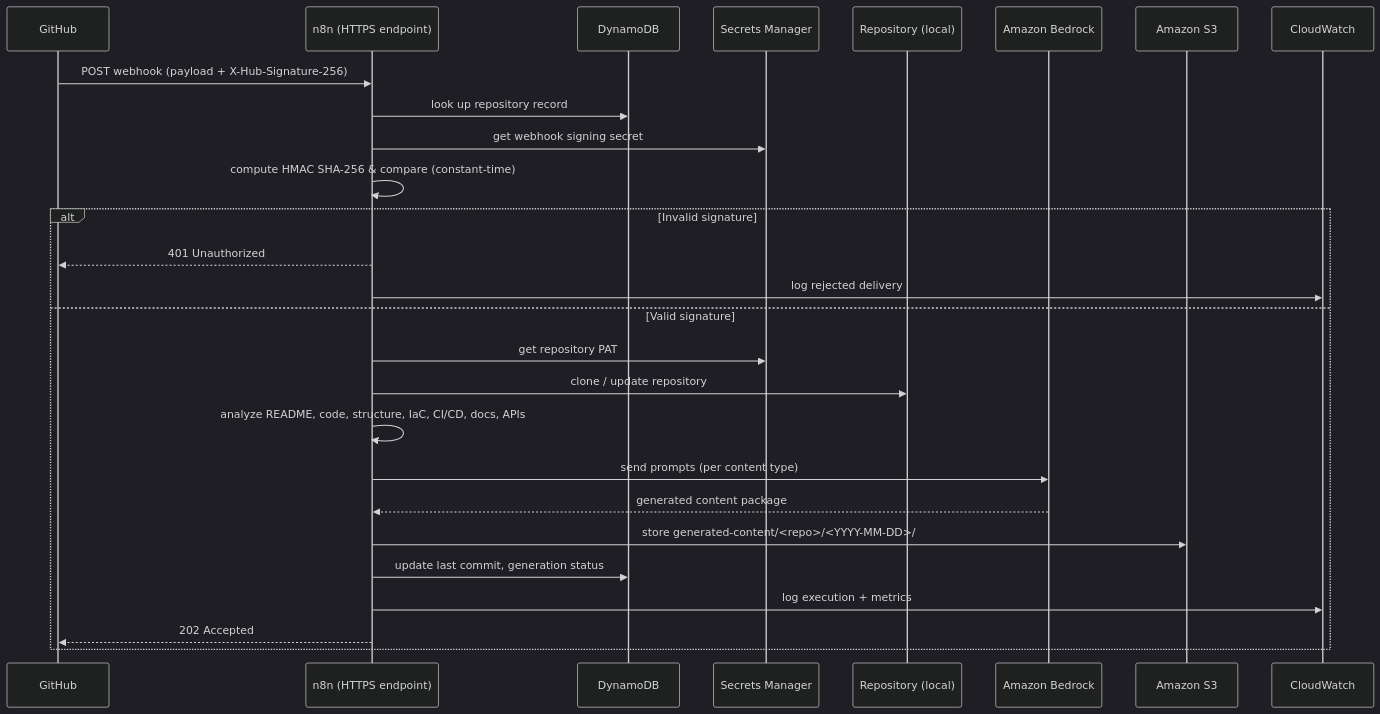
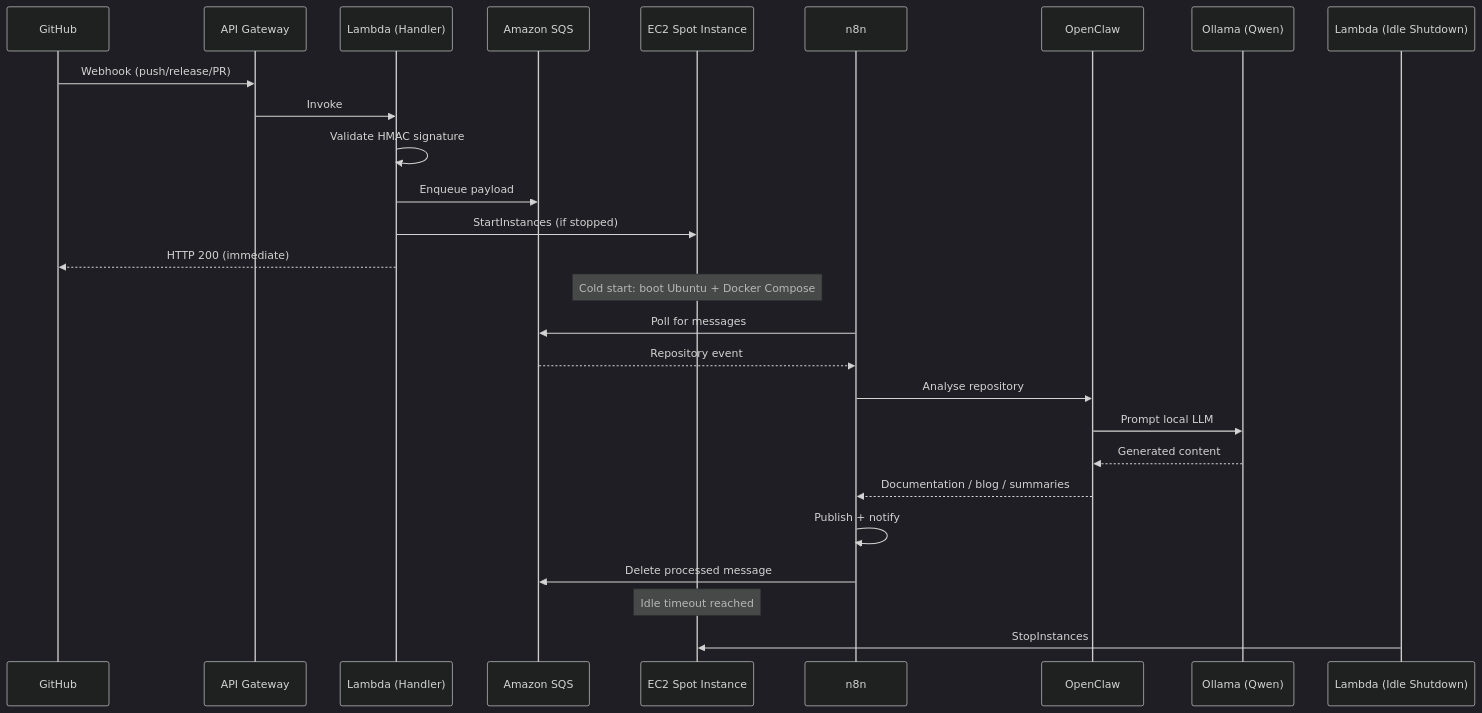
Before and after one commit to teddynted/ai-github-repository-blog-generator: the second of 3 diagrams in README.md, drawn with Mermaid (dark theme). The commit also changed other lines of this file and 12 other files, not shown here.

First line of the commit message:
docs: pivot to self-hosted OpenClaw + Ollama + EC2 Spot architecture

````diff
--- a/README.md
+++ b/README.md
@@ -142,30 +162,30 @@
 ```mermaid
 sequenceDiagram
     participant GH as GitHub
-    participant N as n8n (HTTPS endpoint)
-    participant DB as DynamoDB
-    participant SM as Secrets Manager
-    participant R as Repository (local)
-    participant B as Amazon Bedrock
-    participant S3 as Amazon S3
-    participant CW as CloudWatch
+    participant API as API Gateway
+    participant LH as Lambda (Handler)
+    participant SQS as Amazon SQS
+    participant EC2 as EC2 Spot Instance
+    participant N8N as n8n
+    participant OC as OpenClaw
+    participant OL as Ollama (Qwen)
+    participant LS as Lambda (Idle Shutdown)
 
-    GH->>N: POST webhook (payload + X-Hub-Signature-256)
-    N->>DB: look up repository record
-    N->>SM: get webhook signing secret
-    N->>N: compute HMAC SHA-256 & compare (constant-time)
-    alt Invalid signature
-        N-->>GH: 401 Unauthorized
-        N->>CW: log rejected delivery
-    else Valid signature
-        N->>SM: get repository PAT
-        N->>R: clone / update repository
-        N->>N: analyze README, code, structure, IaC, CI/CD, docs, APIs
-        N->>B: send prompts (per content type)
-        B-->>N: generated content package
-        N->>S3: store generated-content/<repo>/<YYYY-MM-DD>/
-        N->>DB: update last commit, generation status
-        N->>CW: log execution + metrics
-        N-->>GH: 202 Accepted
-    end
+    GH->>API: Webhook (push/release/PR)
+    API->>LH: Invoke
+    LH->>LH: Validate HMAC signature
+    LH->>SQS: Enqueue payload
+    LH->>EC2: StartInstances (if stopped)
+    LH-->>GH: HTTP 200 (immediate)
+    Note over EC2: Cold start: boot Ubuntu + Docker Compose
+    N8N->>SQS: Poll for messages
+    SQS-->>N8N: Repository event
+    N8N->>OC: Analyse repository
+    OC->>OL: Prompt local LLM
+    OL-->>OC: Generated content
+    OC-->>N8N: Documentation / blog / summaries
+    N8N->>N8N: Publish + notify
+    N8N->>SQS: Delete processed message
+    Note over EC2: Idle timeout reached
+    LS->>EC2: StopInstances
 ```
````
